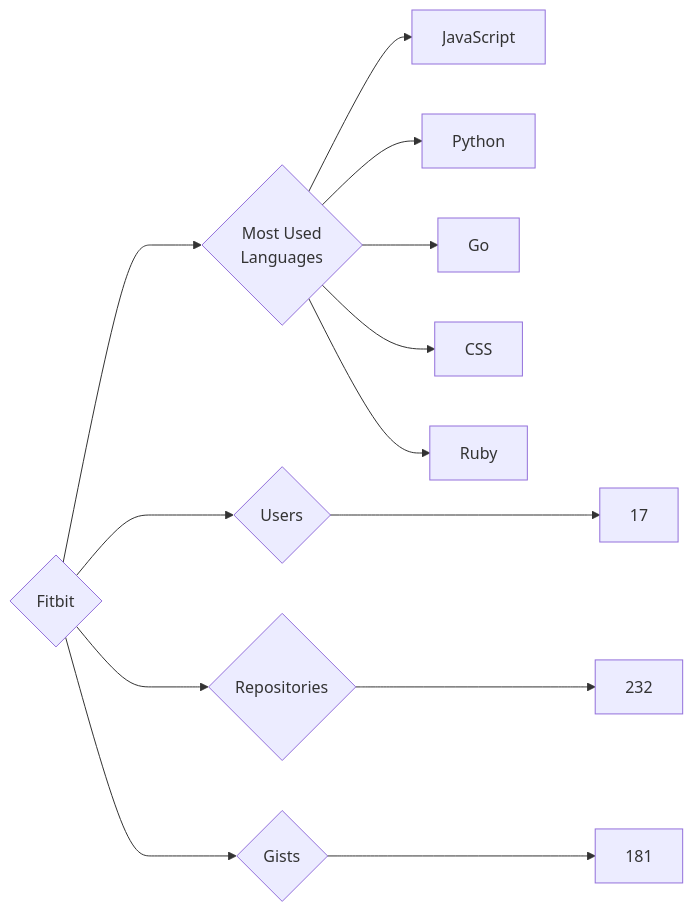
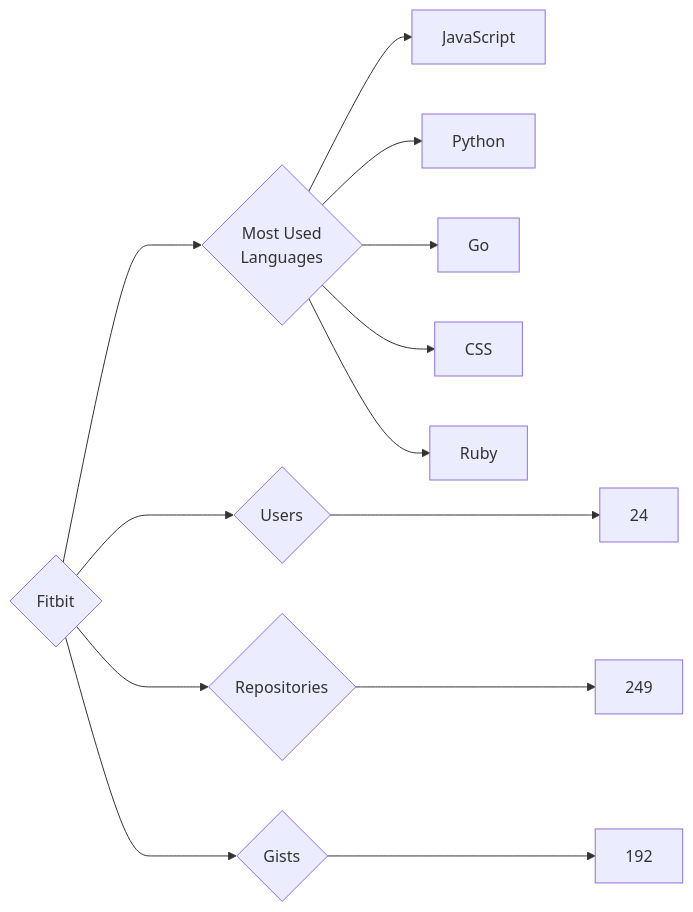
The diagram in targets/Fitbit/README.md (trickest/insiders), drawn with Mermaid before and after one commit. The commit also changed 714 other files, not shown here.

````diff
--- a/targets/Fitbit/README.md
+++ b/targets/Fitbit/README.md
@@ -3,13 +3,13 @@
 ```mermaid
 graph LR
 COMPANY_NAME{Fitbit}
-COMPANY_NAME ---> U{Users} ---> UN[17]
-COMPANY_NAME ---> R{Repositories} ---> RN[232]
-COMPANY_NAME ---> G{Gists} ---> GN[181]
+COMPANY_NAME ---> U{Users} ---> UN[24]
+COMPANY_NAME ---> R{Repositories} ---> RN[249]
+COMPANY_NAME ---> G{Gists} ---> GN[192]
 COMPANY_NAME ---> ML{Most Used<br>Languages}
 ML --> JavaScript[JavaScript]
 ML --> Python[Python]
 ML --> Go[Go]
 ML --> CSS[CSS]
 ML --> Ruby[Ruby]
 ```
````
